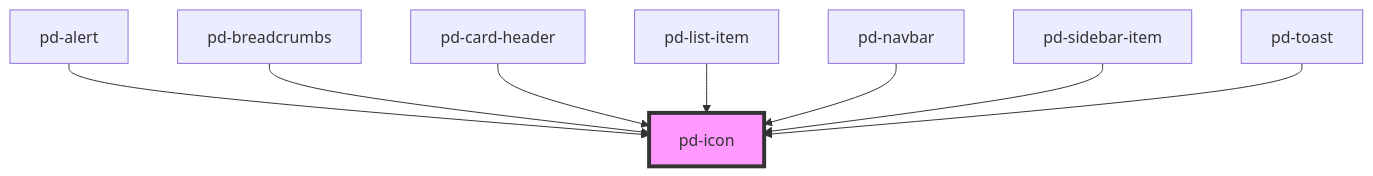
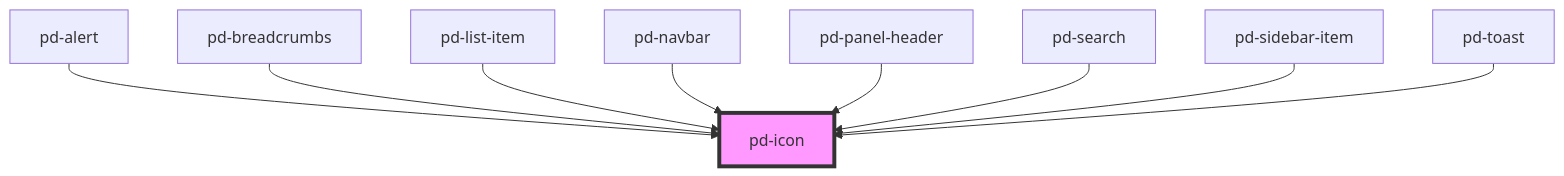
The diagram in src/components/pd-icon/readme.md (Lambda-IT/parlamentsdienste-components), drawn with Mermaid before and after one commit. The commit also changed other lines of this file and 37 other files, not shown here.

Commit message:
rename card to panel

````diff
--- a/src/components/pd-icon/readme.md
+++ b/src/components/pd-icon/readme.md
@@ -55,11 +56,12 @@
 ```mermaid
 graph TD;
   pd-alert --> pd-icon
   pd-breadcrumbs --> pd-icon
-  pd-card-header --> pd-icon
   pd-list-item --> pd-icon
   pd-navbar --> pd-icon
+  pd-panel-header --> pd-icon
+  pd-search --> pd-icon
   pd-sidebar-item --> pd-icon
   pd-toast --> pd-icon
   style pd-icon fill:#f9f,stroke:#333,stroke-width:4px
 ```
````
